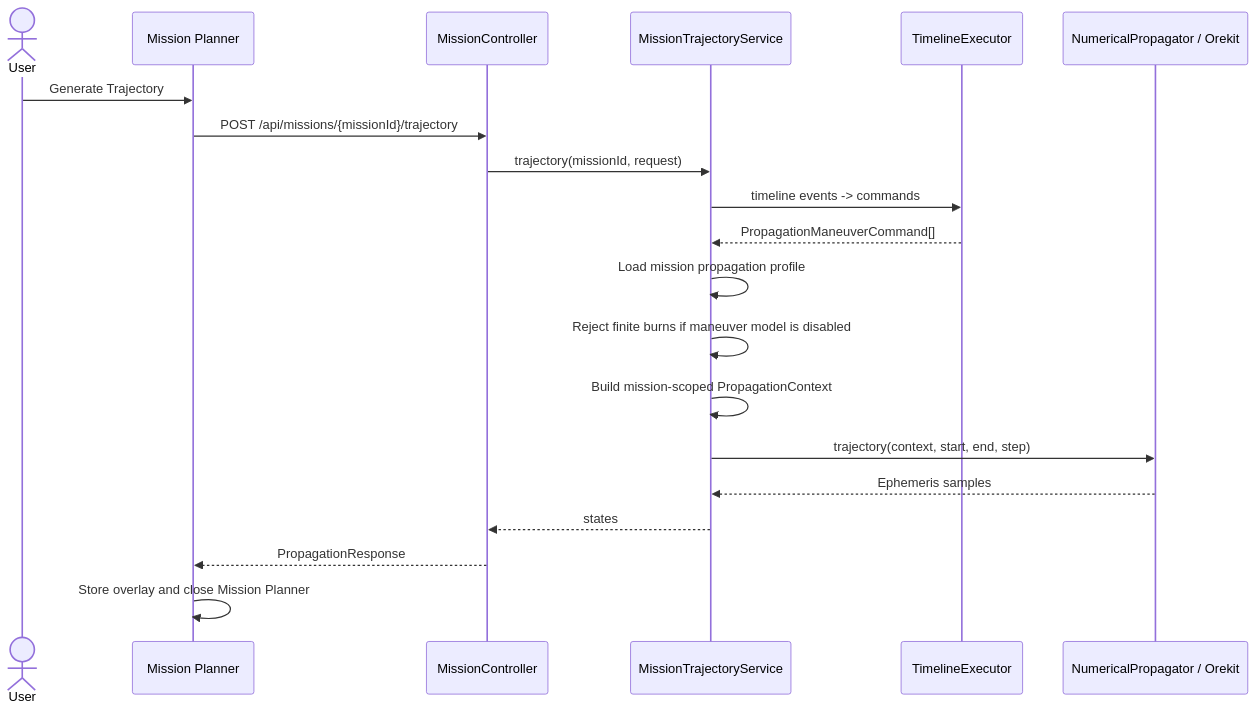
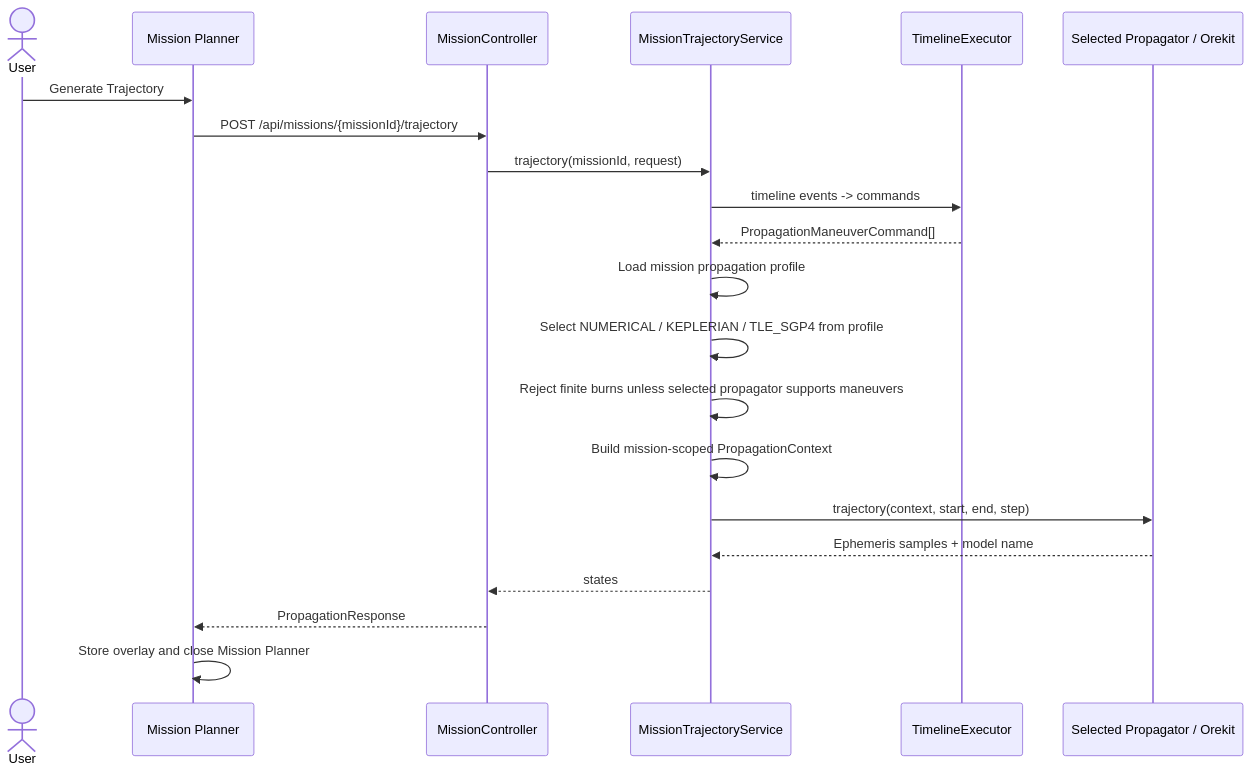
The seventh of 8 diagrams in README.md (MadhuSaini22/orbital-visualization-engine), drawn with Mermaid before and after one commit. The commit also changed other lines of this file and 1 other file, not shown here.

First line of the commit message:
feat(mission-planner): add mission spacecraft workflow and propagator-aware mission configuration

````diff
--- a/README.md
+++ b/README.md
@@ -194,23 +250,24 @@
 ```mermaid
 sequenceDiagram
   actor User
   participant UI as Mission Planner
   participant API as MissionController
   participant Service as MissionTrajectoryService
   participant Executor as TimelineExecutor
-  participant Orekit as NumericalPropagator / Orekit
+  participant Prop as Selected Propagator / Orekit
 
   User->>UI: Generate Trajectory
   UI->>API: POST /api/missions/{missionId}/trajectory
   API->>Service: trajectory(missionId, request)
   Service->>Executor: timeline events -> commands
   Executor-->>Service: PropagationManeuverCommand[]
   Service->>Service: Load mission propagation profile
-  Service->>Service: Reject finite burns if maneuver model is disabled
+  Service->>Service: Select NUMERICAL / KEPLERIAN / TLE_SGP4 from profile
+  Service->>Service: Reject finite burns unless selected propagator supports maneuvers
   Service->>Service: Build mission-scoped PropagationContext
-  Service->>Orekit: trajectory(context, start, end, step)
-  Orekit-->>Service: Ephemeris samples
+  Service->>Prop: trajectory(context, start, end, step)
+  Prop-->>Service: Ephemeris samples + model name
   Service-->>API: states
   API-->>UI: PropagationResponse
   UI->>UI: Store overlay and close Mission Planner
 ```
````
